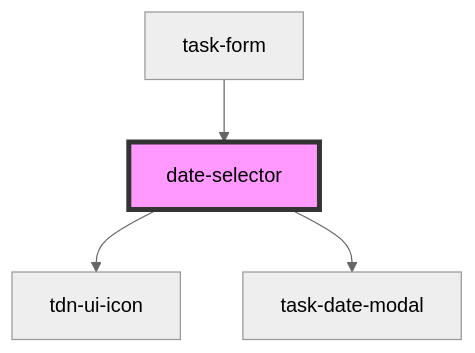
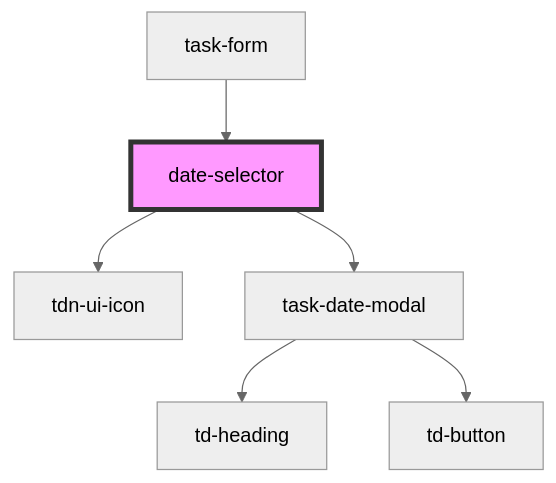
One commit to ajarana/to-done changed the diagram in libs/ui/src/components/date-selector/readme.md. Above: the diagram before and after it, drawn with Mermaid (neutral theme). The commit also changed other lines of this file and 63 other files, not shown here.

````diff
--- a/libs/ui/src/components/date-selector/readme.md
+++ b/libs/ui/src/components/date-selector/readme.md
@@ -27,7 +27,9 @@
 ```mermaid
 graph TD;
   date-selector --> tdn-ui-icon
   date-selector --> task-date-modal
+  task-date-modal --> td-heading
+  task-date-modal --> td-button
   task-form --> date-selector
   style date-selector fill:#f9f,stroke:#333,stroke-width:4px
 ```
````
